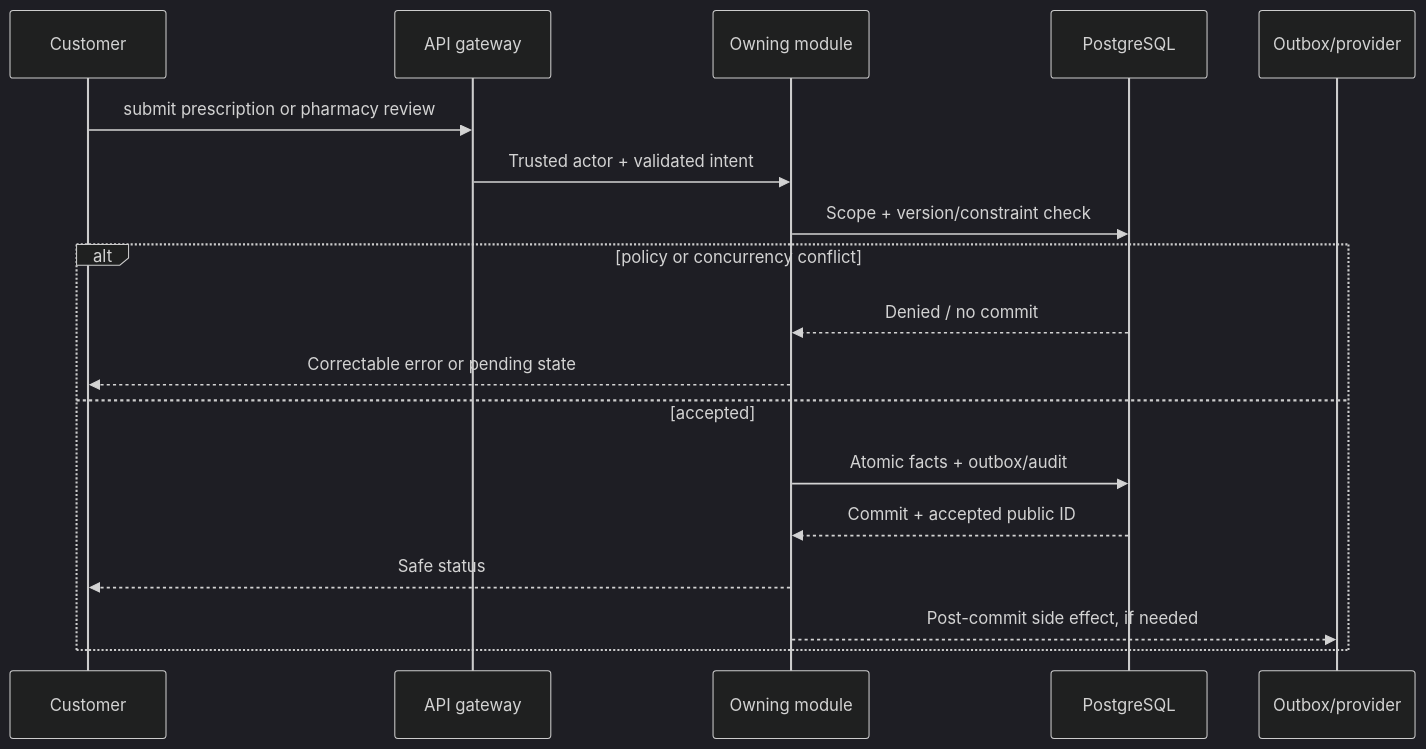
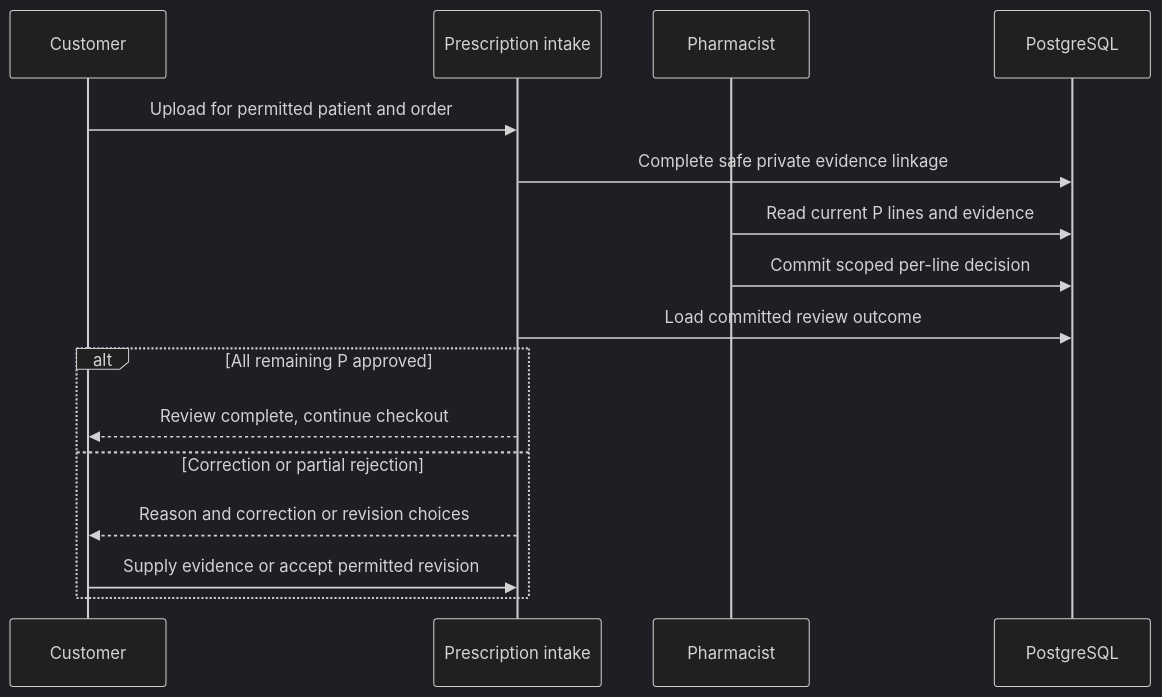
One commit to shiladityamajumder/pharmville-docs changed the diagram in 06-Workflows/WF-004-Prescription-Intake-and-Review.md. Above: the diagram before and after it, drawn with Mermaid (dark theme). The commit also changed other lines of this file and 158 other files, not shown here.

Commit message:
docs: add business guides, fix Mermaid diagrams, improve traceability and automate validation

````diff
--- a/06-Workflows/WF-004-Prescription-Intake-and-Review.md
+++ b/06-Workflows/WF-004-Prescription-Intake-and-Review.md
@@ -31,20 +27,18 @@
 ```mermaid
 sequenceDiagram
-  participant A as Customer
-  participant API as API gateway
-  participant O as Owning module
-  participant PG as PostgreSQL
-  participant P as Outbox/provider
-  A->>API: submit prescription or pharmacy review
-  API->>O: Trusted actor + validated intent
-  O->>PG: Scope + version/constraint check
-  alt policy or concurrency conflict
-    PG-->>O: Denied / no commit
-    O-->>A: Correctable error or pending state
-  else accepted
-    O->>PG: Atomic facts + outbox/audit
-    PG-->>O: Commit + accepted public ID
-    O-->>A: Safe status
-    O-->>P: Post-commit side effect, if needed
+  participant C as Customer
+  participant O as Prescription intake
+  participant S as Pharmacist
+  participant D as PostgreSQL
+  C->>O: Upload for permitted patient and order
+  O->>D: Complete safe private evidence linkage
+  S->>D: Read current P lines and evidence
+  S->>D: Commit scoped per-line decision
+  O->>D: Load committed review outcome
+  alt All remaining P approved
+    O-->>C: Review complete, continue checkout
+  else Correction or partial rejection
+    O-->>C: Reason and correction or revision choices
+    C->>O: Supply evidence or accept permitted revision
   end
 ```
````
